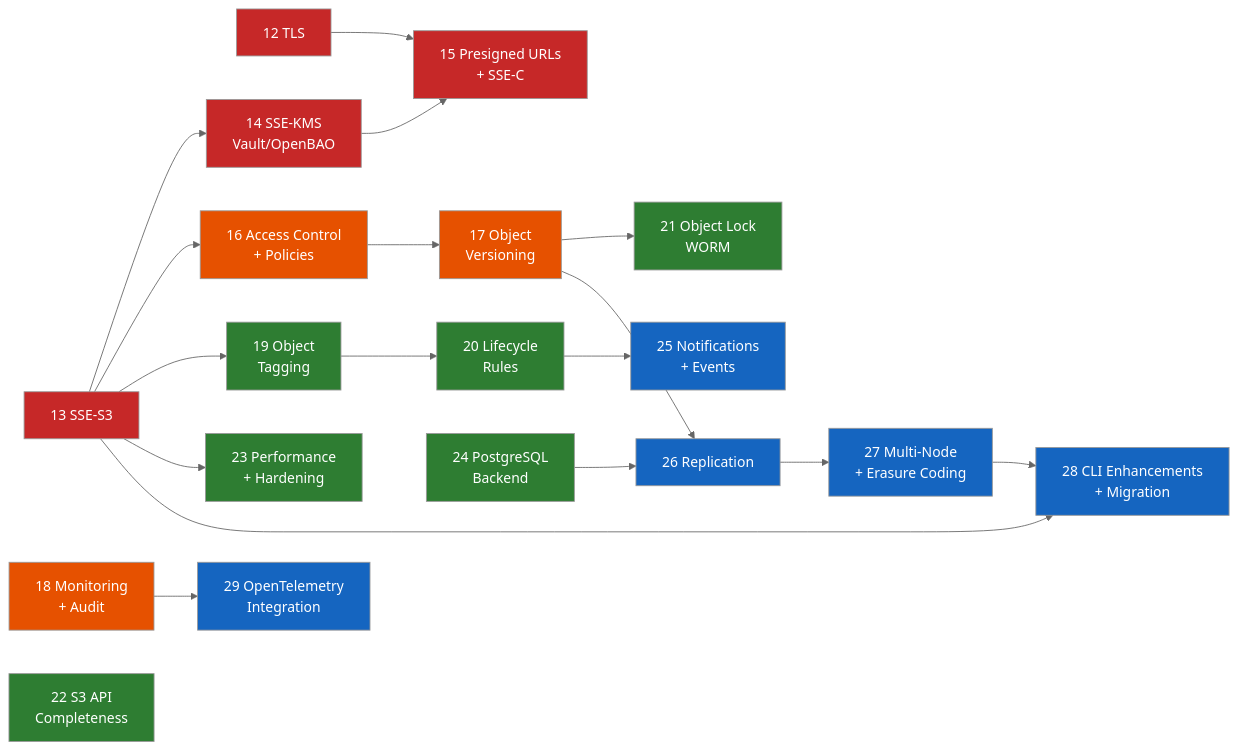
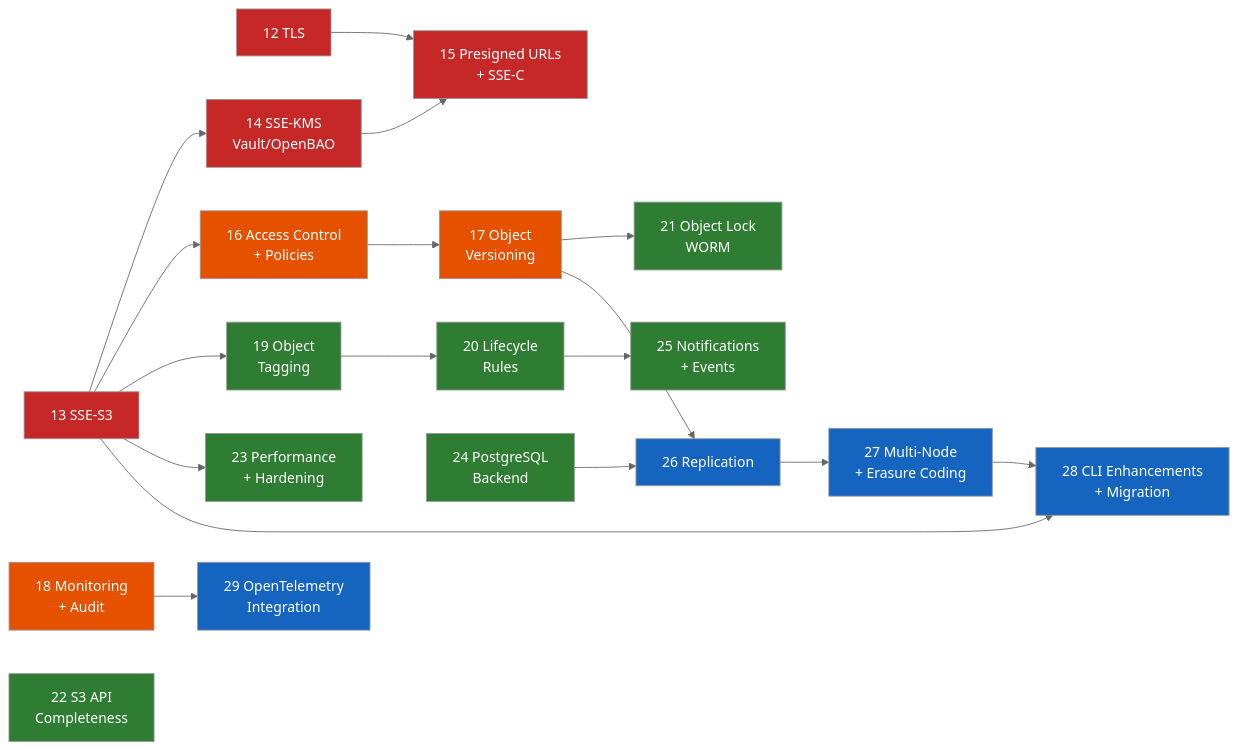
The diagram in documentation/docs/roadmap.md (dxc-technology/arca), drawn with Mermaid (neutral theme) before and after one commit. The commit also changed other lines of this file and 33 other files, not shown here.

````diff
--- a/documentation/docs/roadmap.md
+++ b/documentation/docs/roadmap.md
@@ -53,41 +53,41 @@
 ```mermaid
 graph LR
     12["12 TLS"] --> 15["15 Presigned URLs\n+ SSE-C"]
     13["13 SSE-S3"] --> 14["14 SSE-KMS\nVault/OpenBAO"]
     14 --> 15
     13 --> 16["16 Access Control\n+ Policies"]
     13 --> 19["19 Object\nTagging"]
     19 --> 20["20 Lifecycle\nRules"]
     16 --> 17["17 Object\nVersioning"]
     17 --> 21["21 Object Lock\nWORM"]
     20 --> 25["25 Notifications\n+ Events"]
     17 --> 26["26 Replication"]
     13 --> 23["23 Performance\n+ Hardening"]
     24["24 PostgreSQL\nBackend"] --> 26
     26 --> 27["27 Multi-Node\n+ Erasure Coding"]
     27 --> 28["28 CLI Enhancements\n+ Migration"]
     13 --> 28
     18 --> 29["29 OpenTelemetry\nIntegration"]
 
     style 12 fill:#c62828,color:#fff
     style 13 fill:#c62828,color:#fff
     style 14 fill:#c62828,color:#fff
     style 15 fill:#c62828,color:#fff
     style 16 fill:#e65100,color:#fff
     style 17 fill:#e65100,color:#fff
     style 18 fill:#e65100,color:#fff
     style 19 fill:#2e7d32,color:#fff
     style 20 fill:#2e7d32,color:#fff
     style 21 fill:#2e7d32,color:#fff
     style 22 fill:#2e7d32,color:#fff
     style 23 fill:#2e7d32,color:#fff
     style 24 fill:#2e7d32,color:#fff
-    style 25 fill:#1565c0,color:#fff
+    style 25 fill:#2e7d32,color:#fff
     style 26 fill:#1565c0,color:#fff
     style 27 fill:#1565c0,color:#fff
     style 28 fill:#1565c0,color:#fff
     style 29 fill:#1565c0,color:#fff
 
     18["18 Monitoring\n+ Audit"]
     22["22 S3 API\nCompleteness"]
 ```
````
